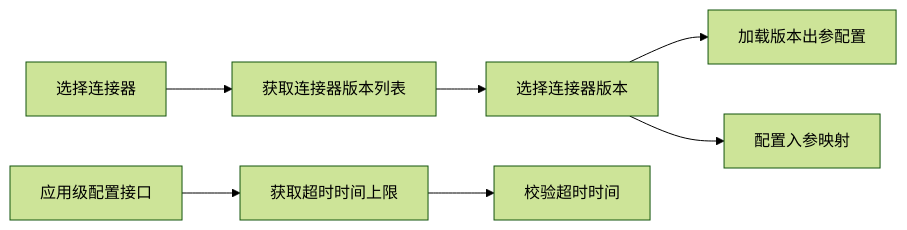
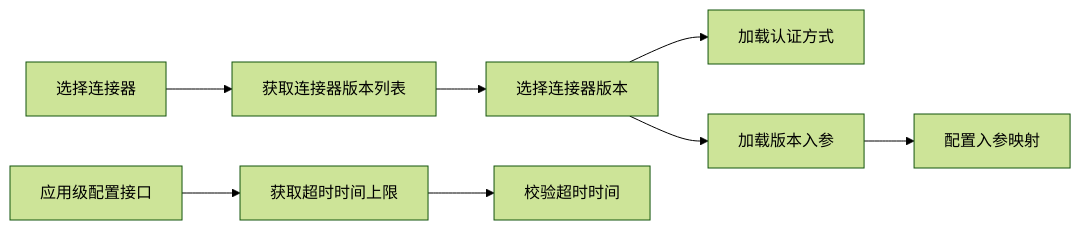
Diagram 13 of 17 in front/doc/2026年6月文档/连接流配置需求设计说明书.md (THZSummer/open-app), drawn with Mermaid (forest theme) before and after one commit. The commit also changed other lines of this file and 2 other files, not shown here.

````diff
--- a/front/doc/2026年6月文档/连接流配置需求设计说明书.md
+++ b/front/doc/2026年6月文档/连接流配置需求设计说明书.md
@@ -1101,9 +524,10 @@
 ```mermaid
 flowchart LR
   SelectConnector[选择连接器] --> LoadConnectorVersions[获取连接器版本列表]
   LoadConnectorVersions --> SelectConnectorVersion[选择连接器版本]
-  SelectConnectorVersion --> LoadOutput[加载版本出参配置]
-  SelectConnectorVersion --> Mapping[配置入参映射]
+  SelectConnectorVersion --> LoadAuth[加载认证方式]
+  SelectConnectorVersion --> LoadInputParams[加载版本入参]
+  LoadInputParams --> Mapping[配置入参映射]
   AppConfig[应用级配置接口] --> TimeoutLimit[获取超时时间上限]
   TimeoutLimit --> TimeoutInput[校验超时时间]
 ```
````
